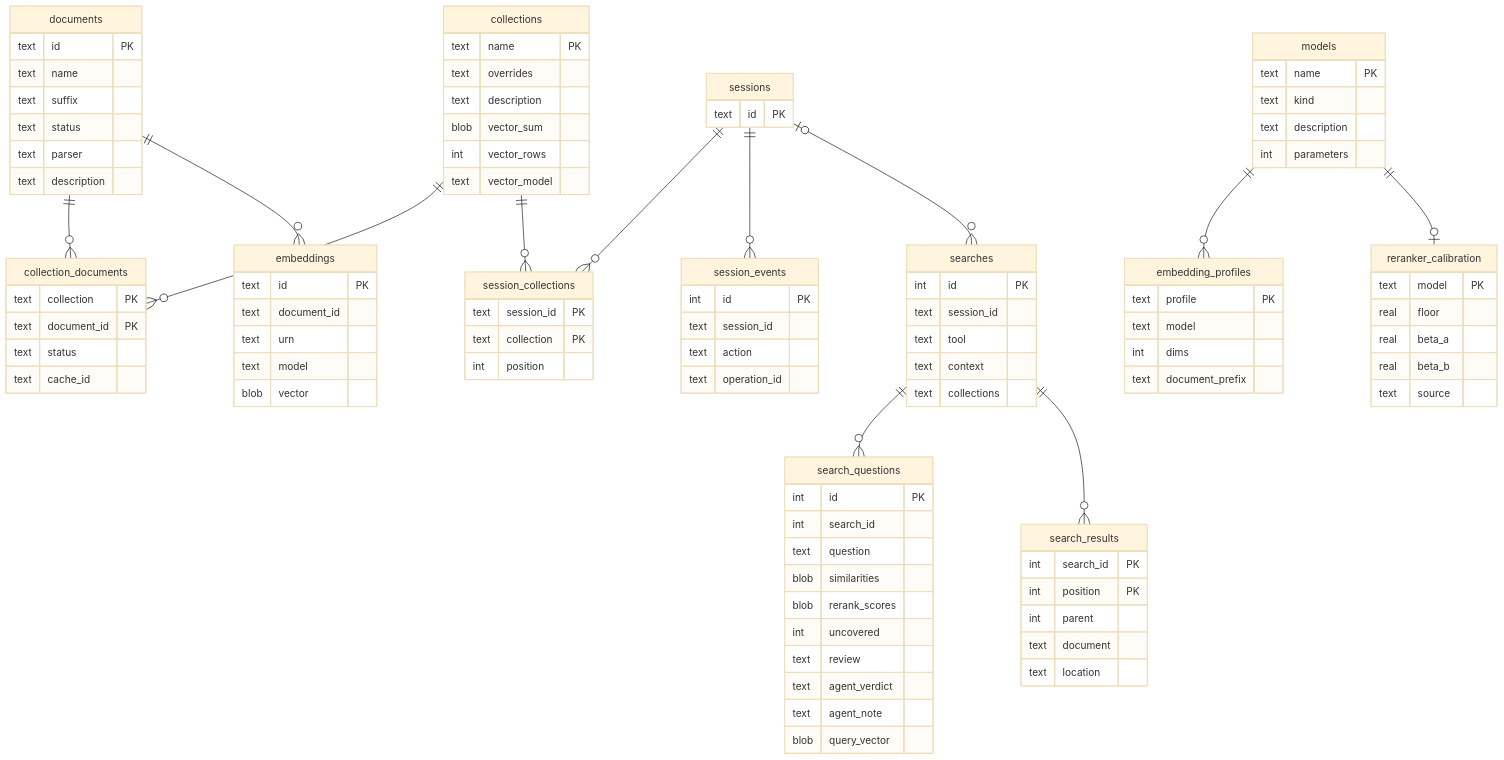
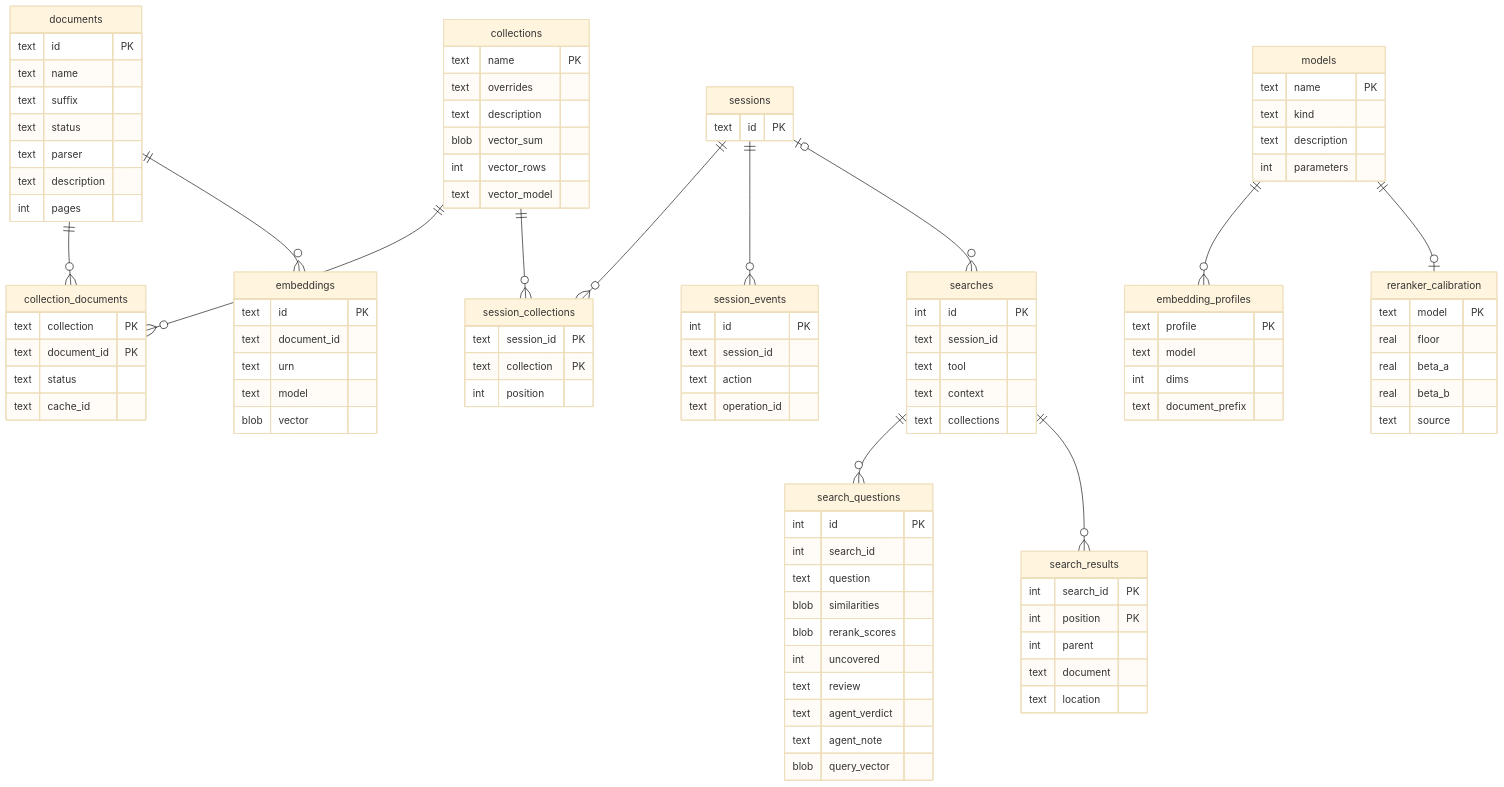
One commit to haskian/haskie changed the diagram in docs/storage.md. Above: the diagram before and after it, drawn with Mermaid (base theme). The commit also changed other lines of this file and 19 other files, not shown here.

```diff
--- a/docs/storage.md
+++ b/docs/storage.md
@@ -58,6 +58,7 @@
         text status
         text parser
         text description
+        int pages
     }
     collections {
         text name PK
```
